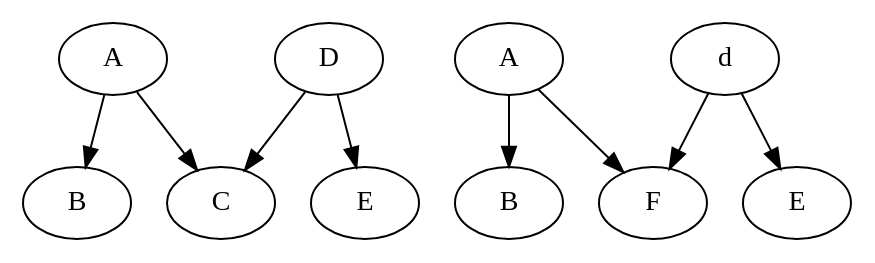
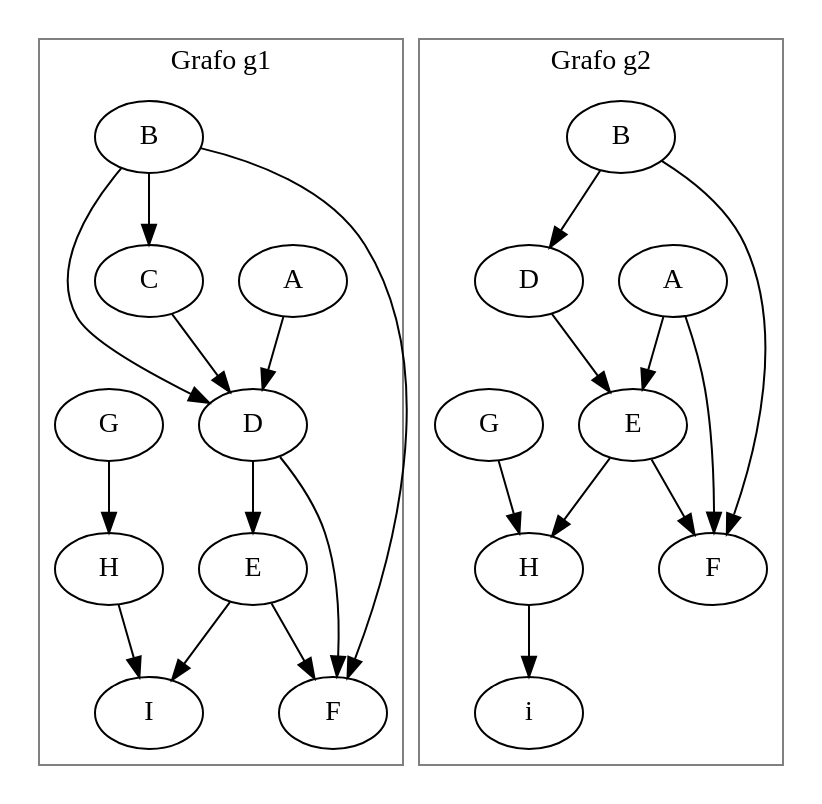
The first of 3 diagrams in doc/4.model/ii.modelo.rst (jgsogo/muia_tfm), drawn with Graphviz before and after one commit. The commit also changed other lines of this file and 3 other files, not shown here.

```diff
--- a/doc/4.model/ii.modelo.rst
+++ b/doc/4.model/ii.modelo.rst
@@ -31,28 +53,45 @@
 .. graphviz::
    :caption: Grafos de ejemplo :math:`g_1` (izda) y :math:`g_2` (dcha).
 
    digraph foo {
-    # Grafo 1
-    A[label="A"]
-    B[label="B"]
-    C[label="C"]
-    D[label="D"]
-    E[label="E"]
-    
-    A -> B
-    A -> C
-    D -> C
-    D -> E
-    
-    # Grafo 2
-    A2[label="A"]
-    B2[label="B"]
-    C2[label="F"]
-    D2[label="d"]
-    E2[label="E"]
-    
-    A2 -> B2
-    A2 -> C2
-    D2 -> C2
-    D2 -> E2
+     subgraph cluster_A {
+         a0 [label="A"]
+         a1 [label="B"]
+         a2 [label="C"]
+         a3 [label="D"]
+         a4 [label="E"]
+         a5 [label="F"]
+         a6 [label="G"]
+         a7 [label="H"]
+         a8 [label="I"]
+         a0 -> a3
+         a1 -> a3 -> a4 -> a5
+         a1 -> a2 -> a3 
+         a3 -> a5
+         a1 -> a5
+         a6 -> a7 -> a8
+         a4 -> a8
+         label = "Grafo g1";
+         color = gray;
+     }
+
+     subgraph cluster_B {
+         b0 [label="A"]
+         b1 [label="B"]
+         #b2 [label="C"]
+         b3 [label="D"]
+         b4 [label="E"]
+         b5 [label="F"]
+         b6 [label="G"]
+         b7 [label="H"]
+         b8 [label="i"]
+         b1 -> b3-> b4 -> b5
+         b1 -> b5
+         b0 -> b4
+         b0 -> b5
+         b6 -> b7 -> b8
+         b4 -> b7
+         label = "Grafo g2";
+         color = gray;
+     }
    }
```
